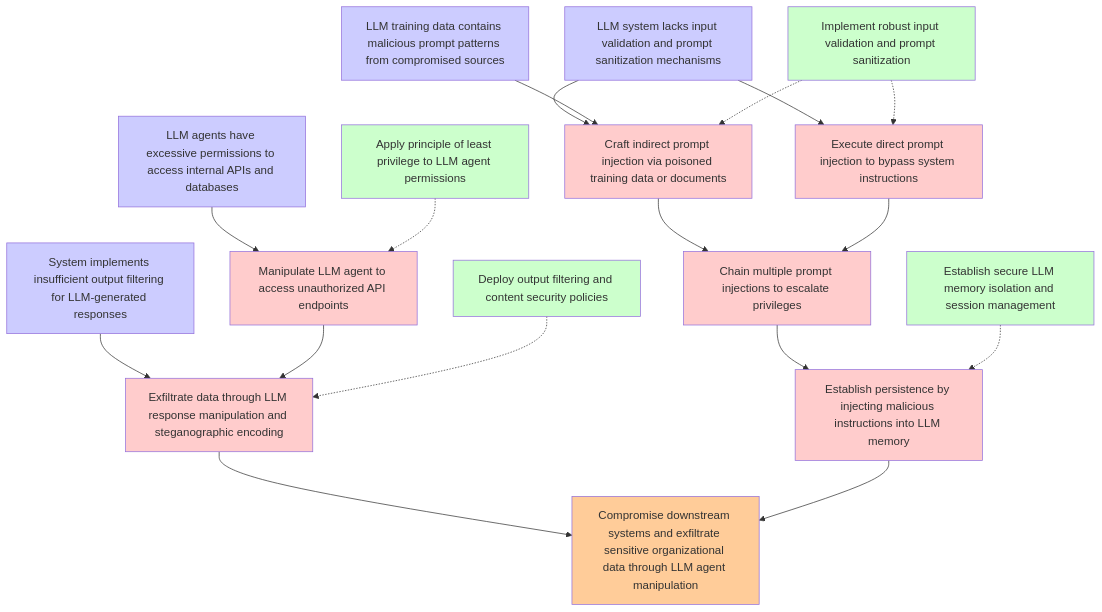
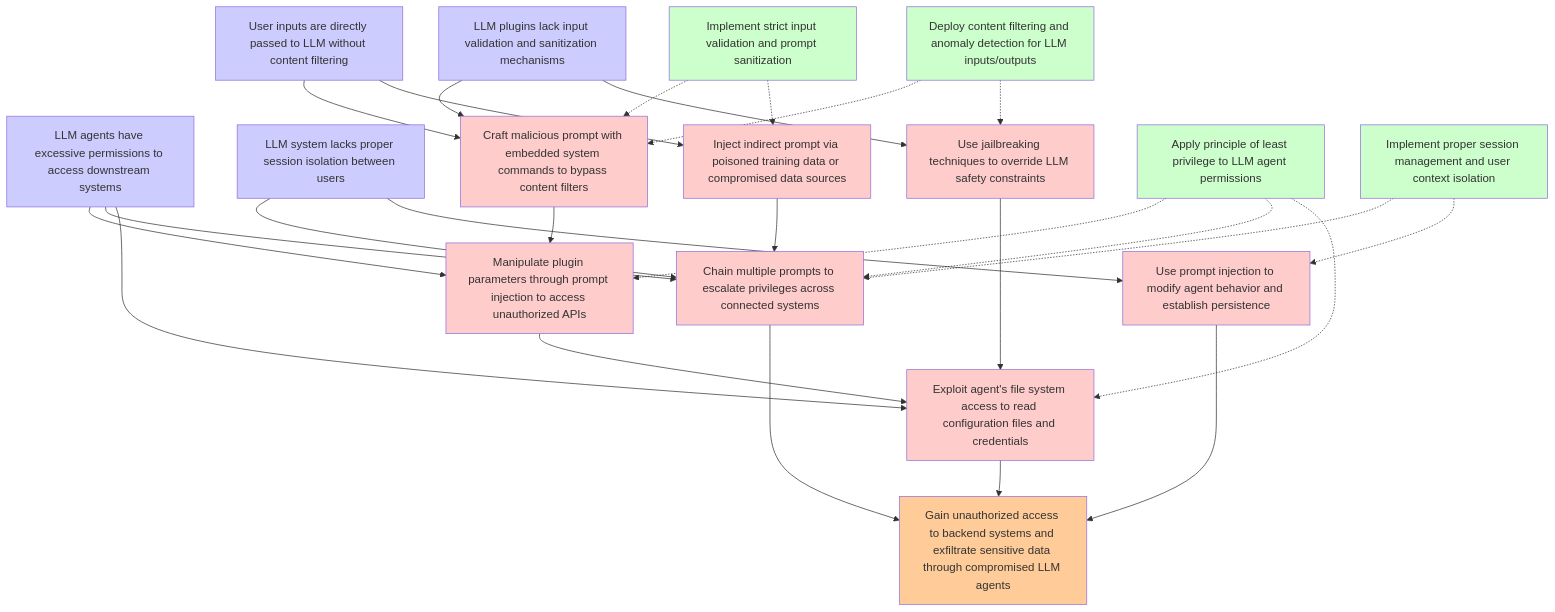
One commit to aws-samples/sample-agentic-attack-tree-generator changed the diagram in kiro-threatforest-agentic/threatforest-strands/outputs/complete_workflow_test/attack_tree_T3.md. Above: the diagram before and after it, drawn with Mermaid. The commit also changed other lines of this file and 7 other files, not shown here.

````diff
--- a/kiro-threatforest-agentic/threatforest-strands/outputs/complete_workflow_test/attack_tree_T3.md
+++ b/kiro-threatforest-agentic/threatforest-strands/outputs/complete_workflow_test/attack_tree_T3.md
@@ -8,50 +8,60 @@
 ```mermaid
 graph TD
-    goal["Compromise downstream systems and exfiltrate sensitive organizational data through LLM agent manipulation"]
+    goal["Gain unauthorized access to backend systems and exfiltrate sensitive data through compromised LLM agents"]
     
-    fact1["LLM system lacks input validation and prompt sanitization mechanisms"]
-    fact2["LLM agents have excessive permissions to access internal APIs and databases"]
-    fact3["System implements insufficient output filtering for LLM-generated responses"]
-    fact4["LLM training data contains malicious prompt patterns from compromised sources"]
+    fact1["LLM plugins lack input validation and sanitization mechanisms"]
+    fact2["LLM agents have excessive permissions to access downstream systems"]
+    fact3["User inputs are directly passed to LLM without content filtering"]
+    fact4["LLM system lacks proper session isolation between users"]
     
-    attack1["Craft indirect prompt injection via poisoned training data or documents"]
-    attack2["Execute direct prompt injection to bypass system instructions"]
-    attack3["Manipulate LLM agent to access unauthorized API endpoints"]
-    attack4["Chain multiple prompt injections to escalate privileges"]
-    attack5["Exfiltrate data through LLM response manipulation and steganographic encoding"]
-    attack6["Establish persistence by injecting malicious instructions into LLM memory"]
+    attack1["Craft malicious prompt with embedded system commands to bypass content filters"]
+    attack2["Inject indirect prompt via poisoned training data or compromised data sources"]
+    attack3["Use jailbreaking techniques to override LLM safety constraints"]
+    attack4["Manipulate plugin parameters through prompt injection to access unauthorized APIs"]
+    attack5["Chain multiple prompts to escalate privileges across connected systems"]
+    attack6["Exploit agent's file system access to read configuration files and credentials"]
+    attack7["Use prompt injection to modify agent behavior and establish persistence"]
     
-    mitigation1["Implement robust input validation and prompt sanitization"]
+    mitigation1["Implement strict input validation and prompt sanitization"]
     mitigation2["Apply principle of least privilege to LLM agent permissions"]
-    mitigation3["Deploy output filtering and content security policies"]
-    mitigation4["Establish secure LLM memory isolation and session management"]
+    mitigation3["Deploy content filtering and anomaly detection for LLM inputs/outputs"]
+    mitigation4["Implement proper session management and user context isolation"]
     
     fact1 --> attack1
-    fact1 --> attack2
-    fact2 --> attack3
-    fact3 --> attack5
-    fact4 --> attack1
+    fact1 --> attack3
+    fact2 --> attack4
+    fact2 --> attack5
+    fact2 --> attack6
+    fact3 --> attack1
+    fact3 --> attack2
+    fact4 --> attack5
+    fact4 --> attack7
     
     attack1 --> attack4
-    attack2 --> attack4
-    attack3 --> attack5
+    attack2 --> attack5
+    attack3 --> attack6
     attack4 --> attack6
     attack5 --> goal
     attack6 --> goal
+    attack7 --> goal
     
     mitigation1 -.-> attack1
     mitigation1 -.-> attack2
-    mitigation2 -.-> attack3
-    mitigation3 -.-> attack5
-    mitigation4 -.-> attack6
+    mitigation2 -.-> attack4
+    mitigation2 -.-> attack5
+    mitigation2 -.-> attack6
+    mitigation3 -.-> attack1
+    mitigation3 -.-> attack3
+    mitigation4 -.-> attack5
+    mitigation4 -.-> attack7
     
     classDef attack fill:#ffcccc
     classDef mitigation fill:#ccffcc
     classDef goal fill:#ffcc99
     classDef fact fill:#ccccff
     
-    class attack1,attack2,attack3,attack4,attack5,attack6 attack
+    class attack1,attack2,attack3,attack4,attack5,attack6,attack7 attack
     class mitigation1,mitigation2,mitigation3,mitigation4 mitigation
     class goal goal
     class fact1,fact2,fact3,fact4 fact
 ```
````
